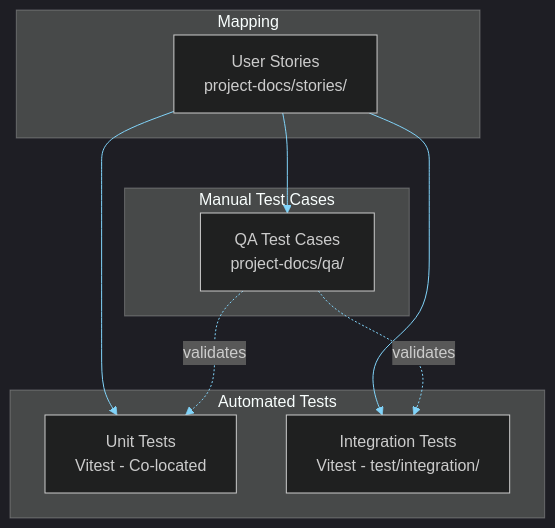
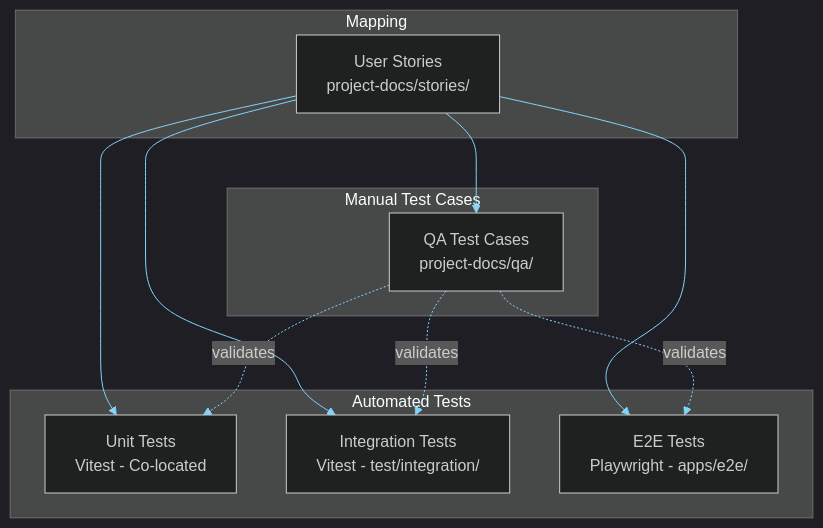
The diagram in project-docs/qa/README.md (MichaelLeeHobbs/fullstack-template), drawn with Mermaid before and after one commit. The commit also changed other lines of this file and 11 other files, not shown here.

````diff
--- a/project-docs/qa/README.md
+++ b/project-docs/qa/README.md
@@ -115,22 +115,25 @@
 ```mermaid
 %%{init: {'theme': 'dark', 'themeVariables': {'primaryColor': '#1e3a5f', 'primaryTextColor': '#e0e0e0', 'primaryBorderColor': '#4fc3f7', 'lineColor': '#81d4fa', 'secondaryColor': '#2e4057', 'tertiaryColor': '#1a2332', 'noteTextColor': '#e0e0e0', 'noteBkgColor': '#2e4057', 'noteBorderColor': '#4fc3f7'}}}%%
 graph TB
     subgraph "Automated Tests"
         UNIT[Unit Tests<br/>Vitest - Co-located]
         INT[Integration Tests<br/>Vitest - test/integration/]
+        E2E[E2E Tests<br/>Playwright - apps/e2e/]
     end
 
     subgraph "Manual Test Cases"
         TC[QA Test Cases<br/>project-docs/qa/]
     end
 
     subgraph "Mapping"
         US[User Stories<br/>project-docs/stories/]
     end
 
     US --> TC
     US --> UNIT
     US --> INT
+    US --> E2E
     TC -.->|validates| UNIT
     TC -.->|validates| INT
+    TC -.->|validates| E2E
 ```
````
